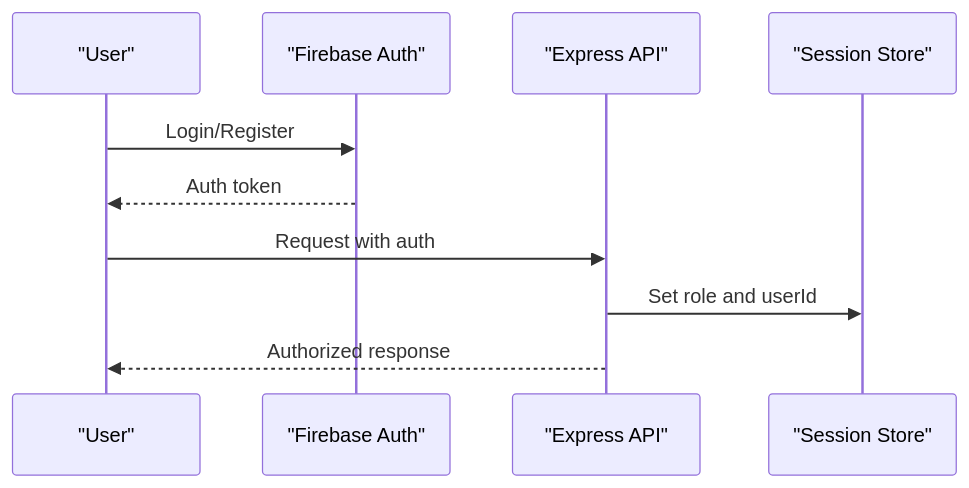
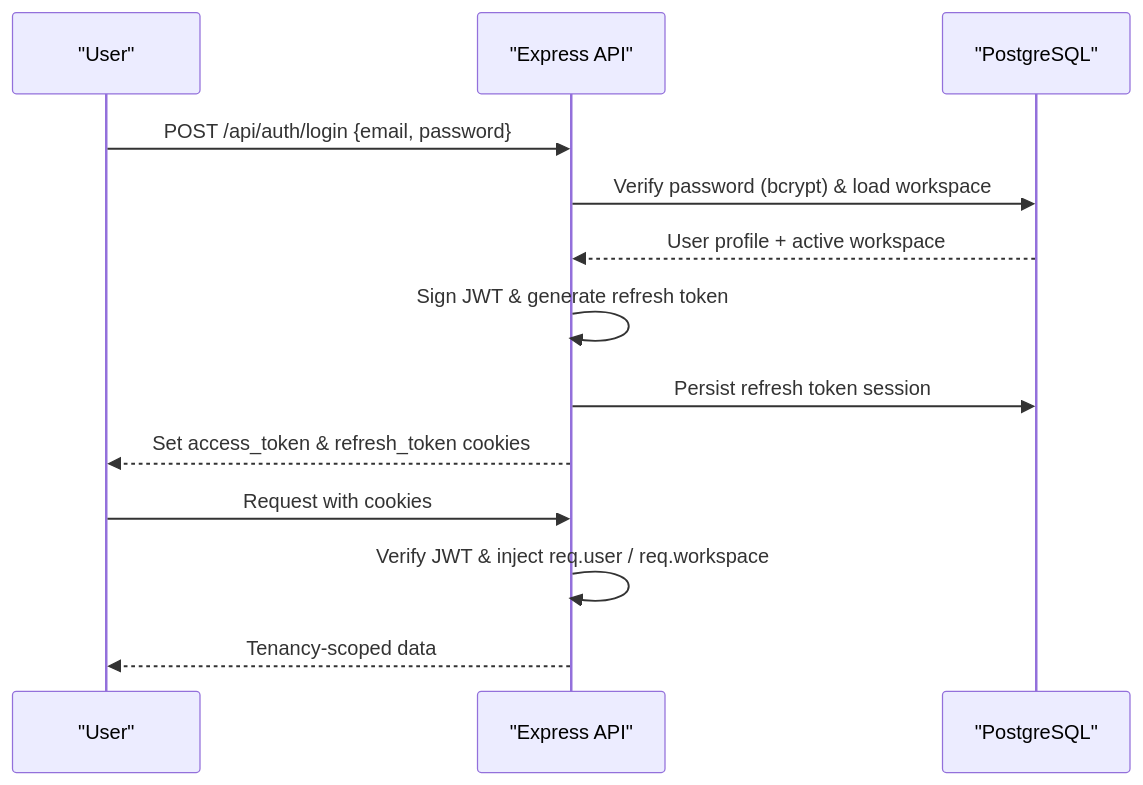
Before and after one commit to nitishssh/Class-mode: the fifth of 7 diagrams in docs/code-wiki/content/Project Overview.md, drawn with Mermaid. The commit also changed other lines of this file and 4 other files, not shown here.

Commit message:
docs: update architecture documentation to reflect PostgreSQL integration, local authentication, and multi-provider AI features

````diff
--- a/docs/code-wiki/content/Project Overview.md
+++ b/docs/code-wiki/content/Project Overview.md
@@ -244,12 +249,15 @@
 ```mermaid
 sequenceDiagram
 participant User as "User"
-participant Firebase as "Firebase Auth"
 participant API as "Express API"
-participant Session as "Session Store"
-User->>Firebase : Login/Register
-Firebase-->>User : Auth token
-User->>API : Request with auth
-API->>Session : Set role and userId
-API-->>User : Authorized response
+participant PG as "PostgreSQL"
+User->>API : POST /api/auth/login {email, password}
+API->>PG : Verify password (bcrypt) & load workspace
+PG-->>API : User profile + active workspace
+API->>API : Sign JWT & generate refresh token
+API->>PG : Persist refresh token session
+API-->>User : Set access_token & refresh_token cookies
+User->>API : Request with cookies
+API->>API : Verify JWT & inject req.user / req.workspace
+API-->>User : Tenancy-scoped data
 ```
````
